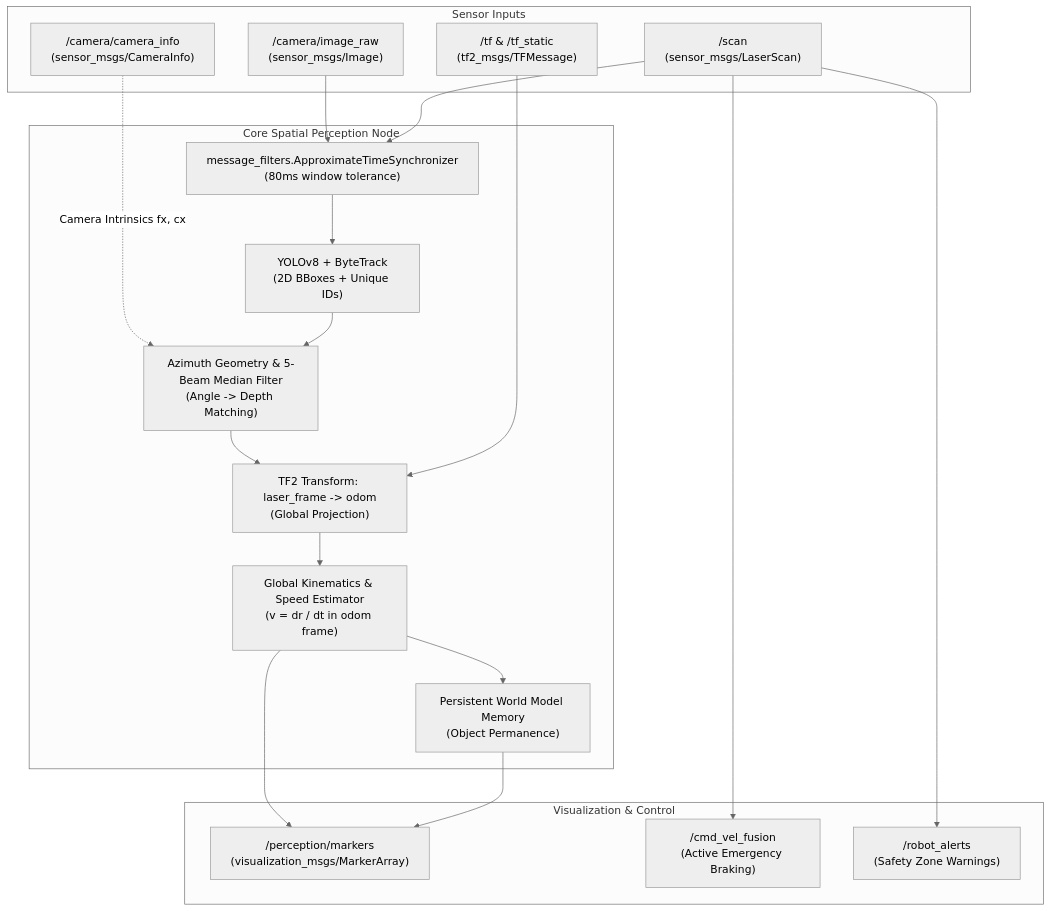
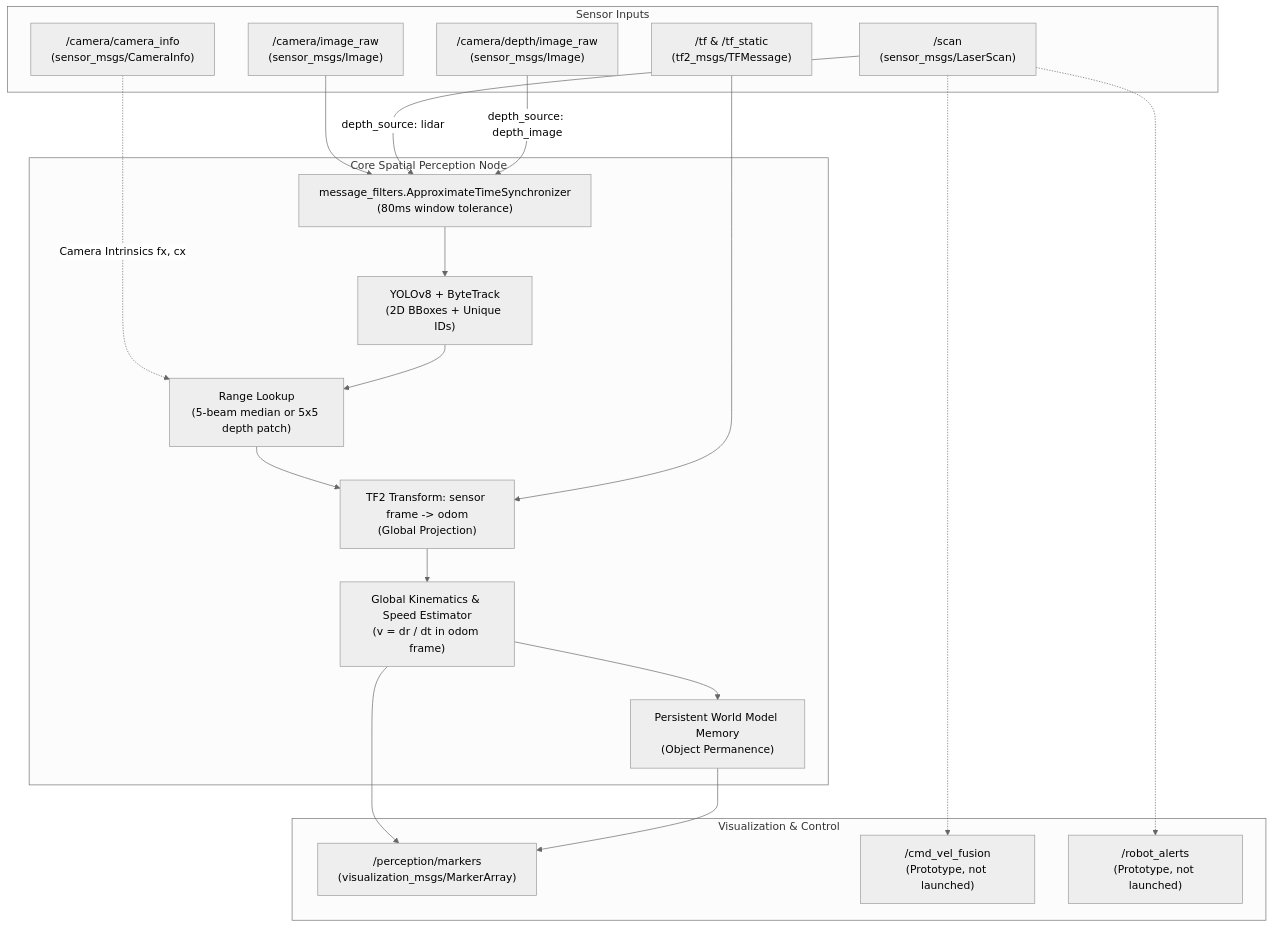
One commit to orvane-sys/r_one changed the diagram in README.md. Above: the diagram before and after it, drawn with Mermaid (neutral theme). The commit also changed other lines of this file and 25 other files, not shown here.

````diff
--- a/README.md
+++ b/README.md
@@ -38,38 +38,40 @@
 ```mermaid
 flowchart TD
     subgraph Inputs ["Sensor Inputs"]
         CAM["/camera/image_raw<br/>(sensor_msgs/Image)"]
         INFO["/camera/camera_info<br/>(sensor_msgs/CameraInfo)"]
         SCAN["/scan<br/>(sensor_msgs/LaserScan)"]
+        DEPTH["/camera/depth/image_raw<br/>(sensor_msgs/Image)"]
         TF["/tf & /tf_static<br/>(tf2_msgs/TFMessage)"]
     end
 
     subgraph Perception ["Core Spatial Perception Node"]
         SYNC["message_filters.ApproximateTimeSynchronizer<br/>(80ms window tolerance)"]
         YOLO["YOLOv8 + ByteTrack<br/>(2D BBoxes + Unique IDs)"]
-        GEOM["Azimuth Geometry & 5-Beam Median Filter<br/>(Angle -> Depth Matching)"]
-        TRANS["TF2 Transform: laser_frame -> odom<br/>(Global Projection)"]
+        GEOM["Range Lookup<br/>(5-beam median or 5x5 depth patch)"]
+        TRANS["TF2 Transform: sensor frame -> odom<br/>(Global Projection)"]
         KIN["Global Kinematics & Speed Estimator<br/>(v = dr / dt in odom frame)"]
         WM["Persistent World Model Memory<br/>(Object Permanence)"]
     end
 
     subgraph Outputs ["Visualization & Control"]
         RVIZ["/perception/markers<br/>(visualization_msgs/MarkerArray)"]
-        AEB["/cmd_vel_fusion<br/>(Active Emergency Braking)"]
-        ALERTS["/robot_alerts<br/>(Safety Zone Warnings)"]
+        AEB["/cmd_vel_fusion<br/>(Prototype, not launched)"]
+        ALERTS["/robot_alerts<br/>(Prototype, not launched)"]
     end
 
     CAM --> SYNC
-    SCAN --> SYNC
+    SCAN -->|depth_source: lidar| SYNC
+    DEPTH -->|depth_source: depth_image| SYNC
     INFO -.->|Camera Intrinsics fx, cx| GEOM
     SYNC --> YOLO
     YOLO --> GEOM
     GEOM --> TRANS
     TF --> TRANS
     TRANS --> KIN
     KIN --> WM
     KIN --> RVIZ
     WM --> RVIZ
-    SCAN --> AEB
-    SCAN --> ALERTS
+    SCAN -.-> AEB
+    SCAN -.-> ALERTS
 ```
````
